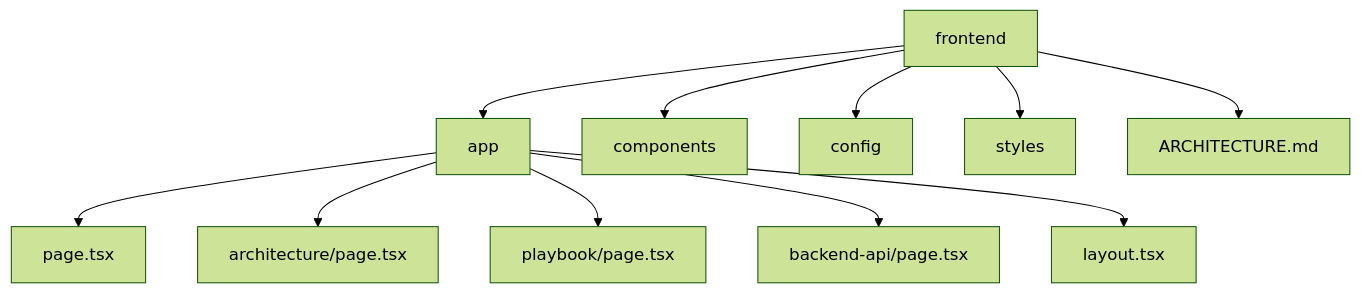
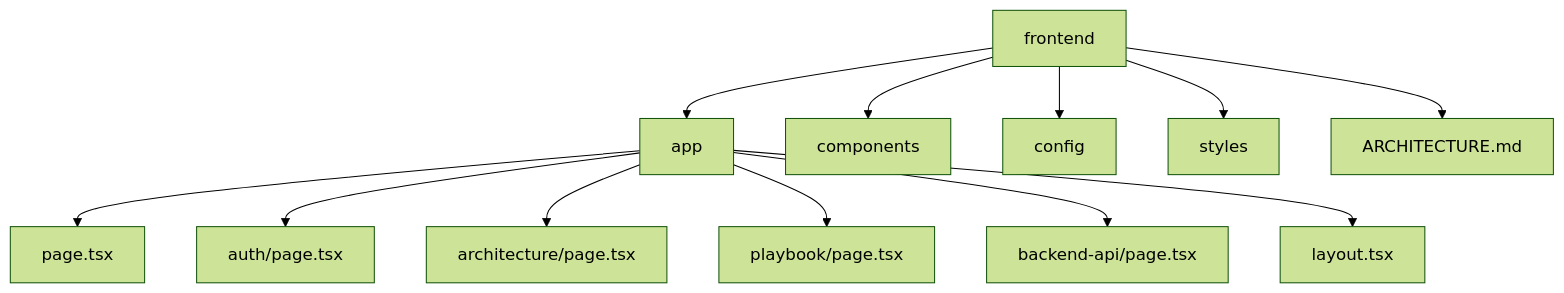
The second of 10 diagrams in frontend/ARCHITECTURE.md (eqan/AI-Driven-Project-Template), drawn with Mermaid (forest theme) before and after one commit. The commit also changed other lines of this file and 15 other files, not shown here.

````diff
--- a/frontend/ARCHITECTURE.md
+++ b/frontend/ARCHITECTURE.md
@@ -27,21 +27,22 @@
 ```mermaid
 flowchart TD
     Frontend[frontend]
     App[app]
     Components[components]
     Config[config]
     Styles[styles]
     Docs[ARCHITECTURE.md]
 
     Frontend --> App
     Frontend --> Components
     Frontend --> Config
     Frontend --> Styles
     Frontend --> Docs
 
     App --> Home[page.tsx]
+    App --> Auth[auth/page.tsx]
     App --> Architecture[architecture/page.tsx]
     App --> Playbook[playbook/page.tsx]
     App --> BackendApi[backend-api/page.tsx]
     App --> Layout[layout.tsx]
 ```
````
